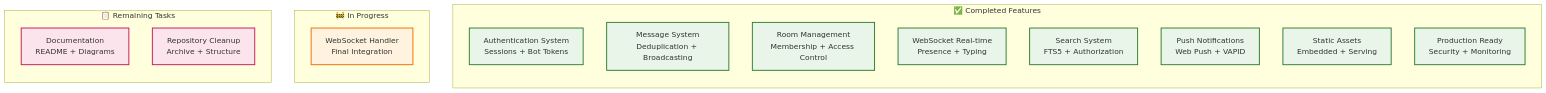
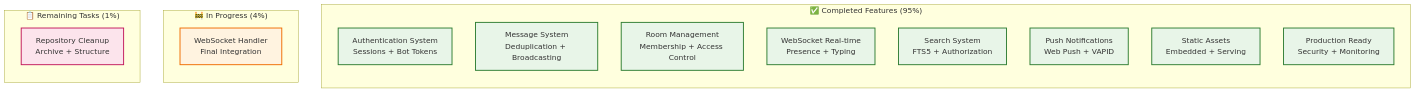
Before and after one commit to that-in-rust/campfire-on-rust: the fourth of 11 diagrams in README.md, drawn with Mermaid. The commit also changed other lines of this file and 30 other files, not shown here.

````diff
--- a/README.md
+++ b/README.md
@@ -110,33 +331,32 @@
 ```mermaid
 graph TD
-    subgraph "✅ Completed Features"
+    subgraph "✅ Completed Features (95%)"
         direction TB
         A1[Authentication System<br/>Sessions + Bot Tokens]
         A2[Message System<br/>Deduplication + Broadcasting]
         A3[Room Management<br/>Membership + Access Control]
         A4[WebSocket Real-time<br/>Presence + Typing]
         A5[Search System<br/>FTS5 + Authorization]
         A6[Push Notifications<br/>Web Push + VAPID]
         A7[Static Assets<br/>Embedded + Serving]
         A8[Production Ready<br/>Security + Monitoring]
     end
     
-    subgraph "🚧 In Progress"
+    subgraph "🚧 In Progress (4%)"
         direction TB
         B1[WebSocket Handler<br/>Final Integration]
     end
     
-    subgraph "📋 Remaining Tasks"
+    subgraph "📋 Remaining Tasks (1%)"
         direction TB
-        C1[Documentation<br/>README + Diagrams]
-        C2[Repository Cleanup<br/>Archive + Structure]
+        C1[Repository Cleanup<br/>Archive + Structure]
     end
     
     classDef completed fill:#e8f5e8,stroke:#2e7d32,stroke-width:2px
     classDef progress fill:#fff3e0,stroke:#ef6c00,stroke-width:2px
     classDef remaining fill:#fce4ec,stroke:#c2185b,stroke-width:2px
     
     class A1,A2,A3,A4,A5,A6,A7,A8 completed
     class B1 progress
-    class C1,C2 remaining
+    class C1 remaining
 ```
````
